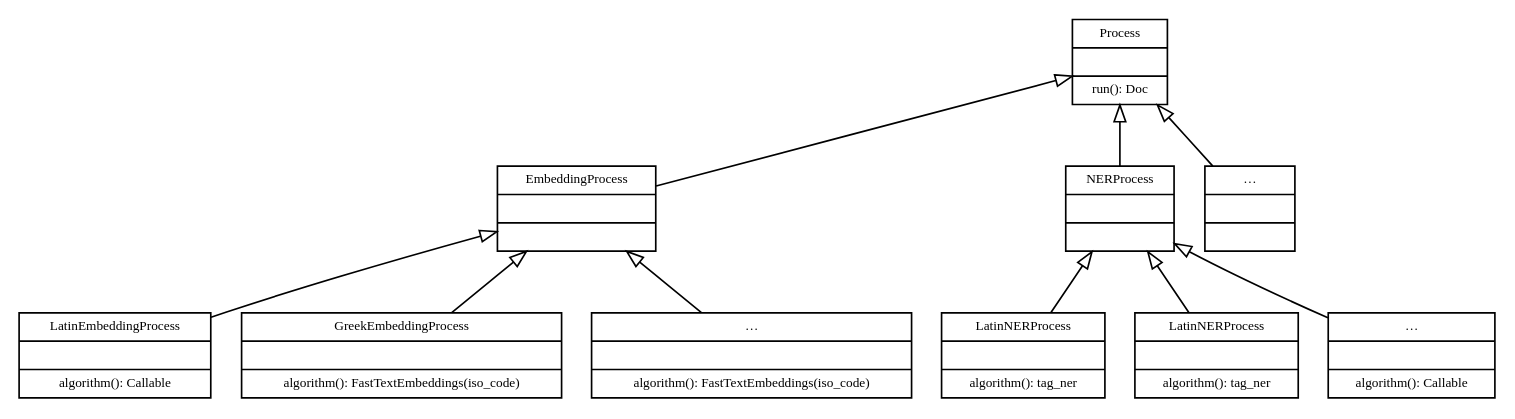
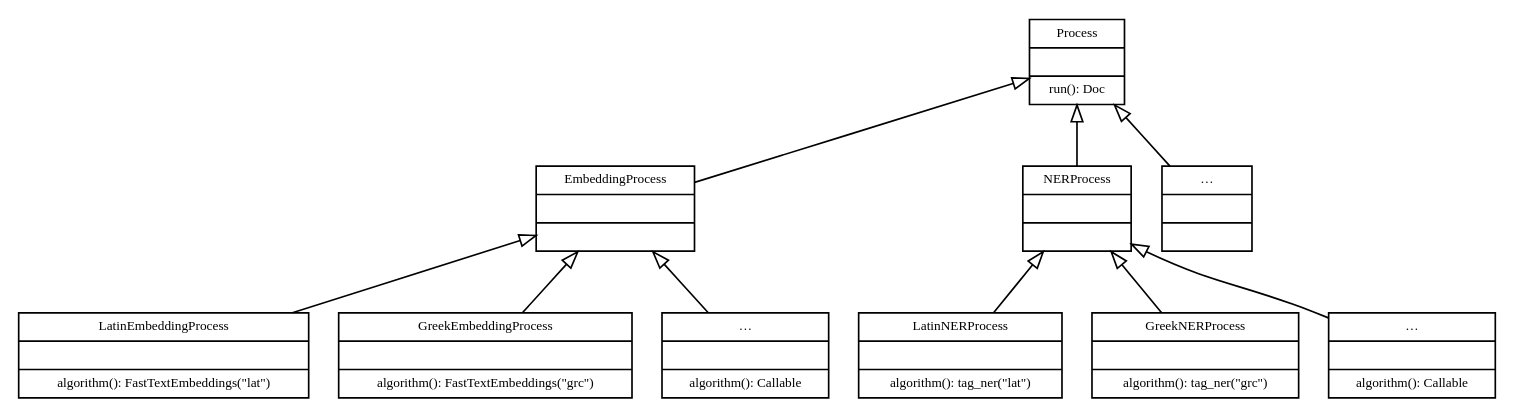
Before and after one commit to cltk/cltk: the first of 2 diagrams in docs/pipelines.rst, drawn with Graphviz. The commit also changed other lines of this file and 4 other files, not shown here.

```diff
--- a/docs/pipelines.rst
+++ b/docs/pipelines.rst
@@ -12,67 +12,67 @@
 .. graphviz::
    :caption: Inheritance of ``Process`` class.
 
    digraph Processes {
      fontname = "Bitstream Vera Sans"
      fontsize = 8
 
      node [
        fontname = "Bitstream Vera Sans"
        fontsize = 8
        shape = "record"
      ]
 
      edge [
        arrowtail = "empty"
      ]
 
      Process [
        label = "{Process|\l| run(): Doc}"
      ]
 
      EmbeddingProcess [
        label = "{EmbeddingProcess|\l|}"
      ]
 
      NERProcess [
        label = "{NERProcess|\l|}"
      ]
 
      EtcProcess [
        label = "{…|\l|}"
      ]
 
      LatinEmbeddingProcess [
-       label = "{LatinEmbeddingProcess|\l| algorithm(): Callable}"
+       label = "{LatinEmbeddingProcess|\l|algorithm(): FastTextEmbeddings(\"lat\")}"
      ]
 
      GreekEmbeddingProcess [
-       label = "{GreekEmbeddingProcess|\l| algorithm(): FastTextEmbeddings(iso_code)}"
+       label = "{GreekEmbeddingProcess|\l|algorithm(): FastTextEmbeddings(\"grc\")}"
      ]
 
      EtcEmbeddingsProcess [
-       label = "{…|\l| algorithm(): FastTextEmbeddings(iso_code)}"
+       label = "{…|\l|algorithm(): Callable}"
      ]
 
      LatinNERProcess [
-       label = "{LatinNERProcess|\l| algorithm(): tag_ner}"
+       label = "{LatinNERProcess|\l|algorithm(): tag_ner(\"lat\")}"
      ]
 
      GreekNERProcess [
-       label = "{LatinNERProcess|\l| algorithm(): tag_ner}"
+       label = "{GreekNERProcess|\l|algorithm(): tag_ner(\"grc\")}"
      ]
 
      EtcNERProcess [
-       label = "{…|\l| algorithm(): Callable}"
+       label = "{…|\l|algorithm(): Callable}"
      ]
 
      Process -> EmbeddingProcess [dir=back]
      Process -> NERProcess [dir=back]
      Process -> EtcProcess [dir=back]
      EmbeddingProcess -> LatinEmbeddingProcess [dir=back]
      EmbeddingProcess -> GreekEmbeddingProcess [dir=back]
      EmbeddingProcess -> EtcEmbeddingsProcess [dir=back]
      NERProcess -> LatinNERProcess [dir=back]
      NERProcess -> GreekNERProcess [dir=back]
      NERProcess -> EtcNERProcess [dir=back]
    }
```
